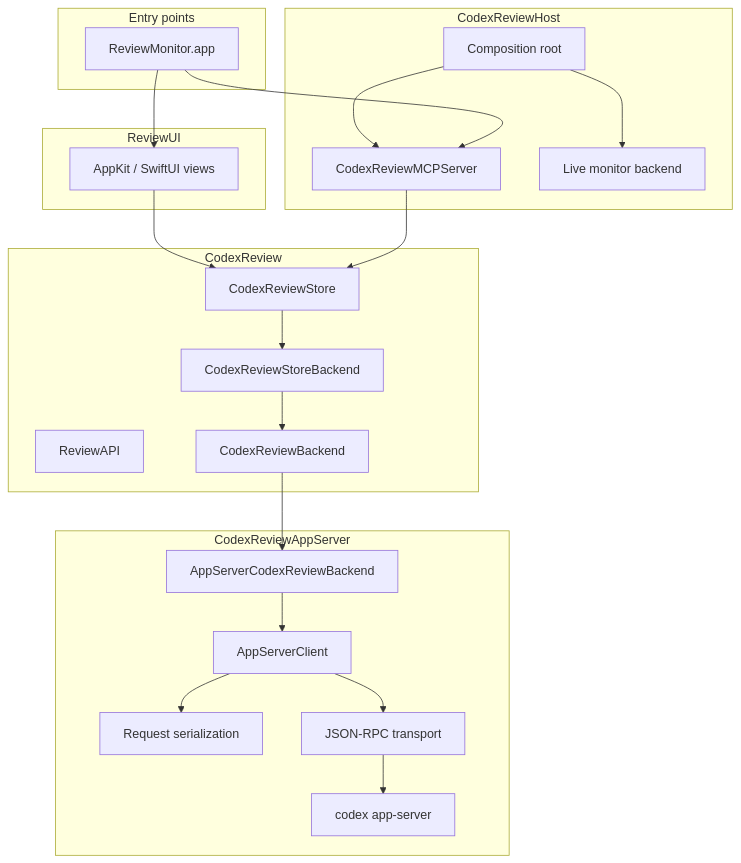
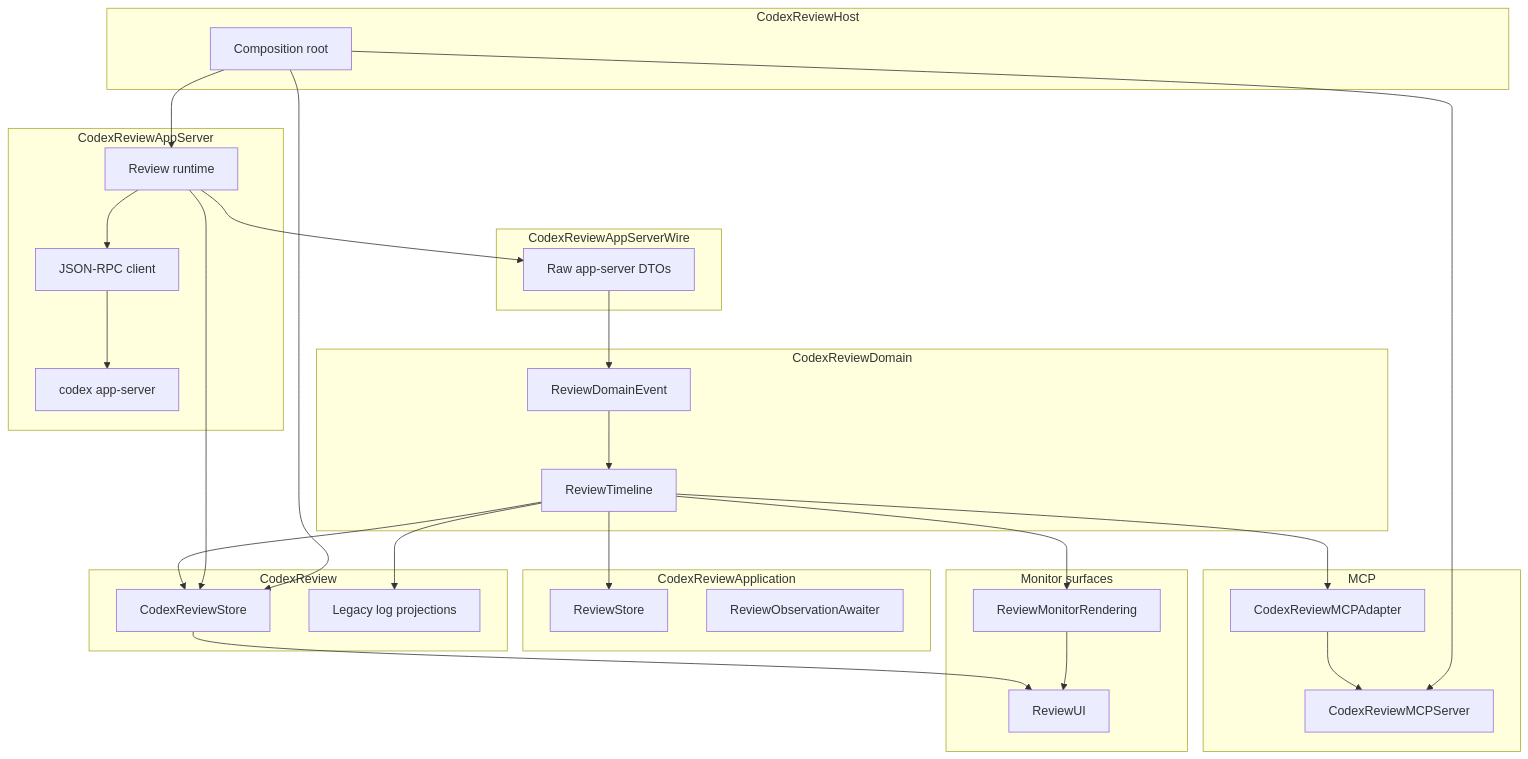
Before and after one commit to lynnswap/CodexReviewKit: the diagram in Docs/architecture.md, drawn with Mermaid. The commit also changed other lines of this file and 43 other files, not shown here.

First line of the commit message:
Refactor review timeline around Observation (#64)

````diff
--- a/Docs/architecture.md
+++ b/Docs/architecture.md
@@ -33,45 +75,59 @@
 ```mermaid
 flowchart TB
-    subgraph Entry["Entry points"]
-        Monitor["ReviewMonitor.app"]
+    subgraph Domain["CodexReviewDomain"]
+        DomainEvents["ReviewDomainEvent"]
+        Timeline["ReviewTimeline"]
     end
 
-    subgraph Core["CodexReview"]
-        ReviewAPI["ReviewAPI"]
-        Store["CodexReviewStore"]
-        Backend["CodexReviewBackend"]
-        StoreBackend["CodexReviewStoreBackend"]
+    subgraph Application["CodexReviewApplication"]
+        AppStore["ReviewStore"]
+        Awaiter["ReviewObservationAwaiter"]
+    end
+
+    subgraph Product["CodexReview"]
+        PublicStore["CodexReviewStore"]
+        LegacyProjection["Legacy log projections"]
+    end
+
+    subgraph Wire["CodexReviewAppServerWire"]
+        WireDTO["Raw app-server DTOs"]
     end
 
     subgraph AppServer["CodexReviewAppServer"]
-        AppServerBackend["AppServerCodexReviewBackend"]
-        Client["AppServerClient"]
-        Serializer["Request serialization"]
-        Transport["JSON-RPC transport"]
+        Client["JSON-RPC client"]
+        Runtime["Review runtime"]
         Process["codex app-server"]
+    end
+
+    subgraph MCP["MCP"]
+        MCPAdapter["CodexReviewMCPAdapter"]
+        MCPServer["CodexReviewMCPServer"]
+    end
+
+    subgraph Monitor["Monitor surfaces"]
+        Renderer["ReviewMonitorRendering"]
+        UI["ReviewUI"]
     end
 
     subgraph Host["CodexReviewHost"]
         Composition["Composition root"]
-        ToolAdapter["CodexReviewMCPServer"]
-        LiveMonitorBackend["Live monitor backend"]
     end
 
-    subgraph UI["ReviewUI"]
-        Views["AppKit / SwiftUI views"]
-    end
-
-    Monitor --> Views
-    Monitor --> ToolAdapter
-    ToolAdapter --> Store
-    Views --> Store
-    Store --> StoreBackend
-    StoreBackend --> Backend
-    Backend --> AppServerBackend
-    AppServerBackend --> Client
-    Client --> Serializer
-    Client --> Transport
-    Transport --> Process
-    Composition --> ToolAdapter
-    Composition --> LiveMonitorBackend
+    WireDTO --> DomainEvents
+    DomainEvents --> Timeline
+    Timeline --> AppStore
+    Timeline --> PublicStore
+    Timeline --> LegacyProjection
+    Timeline --> MCPAdapter
+    Timeline --> Renderer
+    PublicStore --> UI
+    Renderer --> UI
+    MCPAdapter --> MCPServer
+    Runtime --> WireDTO
+    Runtime --> PublicStore
+    Client --> Process
+    Runtime --> Client
+    Composition --> Runtime
+    Composition --> MCPServer
+    Composition --> PublicStore
 ```
````
